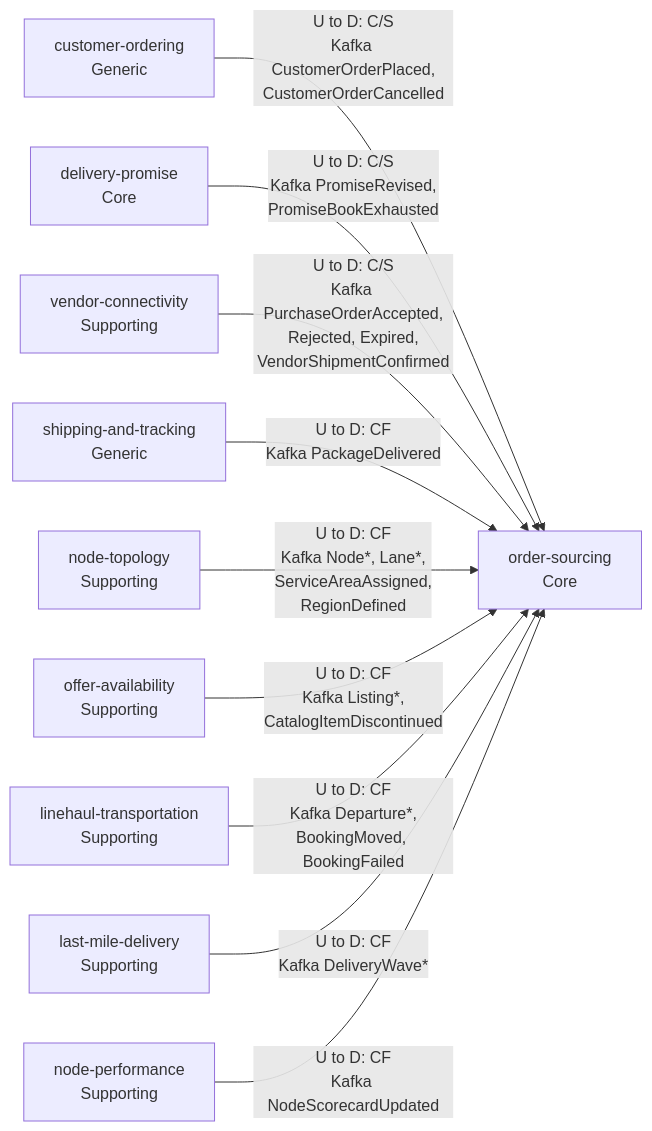
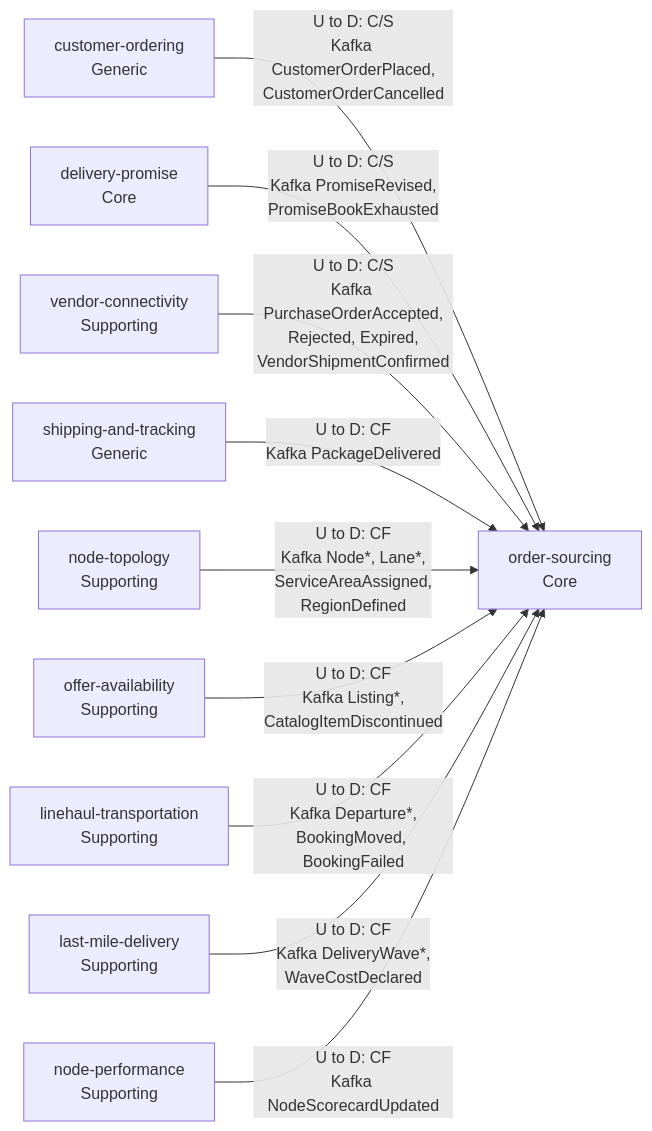
The first of 2 diagrams in docs/docs/ddd/context-map.md (IQVO/order-sourcing), drawn with Mermaid before and after one commit. The commit also changed other lines of this file and 17 other files, not shown here.

````diff
--- a/docs/docs/ddd/context-map.md
+++ b/docs/docs/ddd/context-map.md
@@ -19,22 +19,22 @@
 ```mermaid
 flowchart LR
     CO["customer-ordering<br/>Generic"]
     DP["delivery-promise<br/>Core"]
     VC["vendor-connectivity<br/>Supporting"]
     ST["shipping-and-tracking<br/>Generic"]
     NT["node-topology<br/>Supporting"]
     OA["offer-availability<br/>Supporting"]
     LH["linehaul-transportation<br/>Supporting"]
     LM["last-mile-delivery<br/>Supporting"]
     NP["node-performance<br/>Supporting"]
     OS["order-sourcing<br/>Core"]
     CO -->|"U to D: C/S<br/>Kafka CustomerOrderPlaced,<br/>CustomerOrderCancelled"| OS
     DP -->|"U to D: C/S<br/>Kafka PromiseRevised,<br/>PromiseBookExhausted"| OS
     VC -->|"U to D: C/S<br/>Kafka PurchaseOrderAccepted,<br/>Rejected, Expired,<br/>VendorShipmentConfirmed"| OS
     ST -->|"U to D: CF<br/>Kafka PackageDelivered"| OS
     NT -->|"U to D: CF<br/>Kafka Node*, Lane*,<br/>ServiceAreaAssigned,<br/>RegionDefined"| OS
     OA -->|"U to D: CF<br/>Kafka Listing*,<br/>CatalogItemDiscontinued"| OS
     LH -->|"U to D: CF<br/>Kafka Departure*,<br/>BookingMoved, BookingFailed"| OS
-    LM -->|"U to D: CF<br/>Kafka DeliveryWave*"| OS
+    LM -->|"U to D: CF<br/>Kafka DeliveryWave*,<br/>WaveCostDeclared"| OS
     NP -->|"U to D: CF<br/>Kafka NodeScorecardUpdated"| OS
 ```
````
